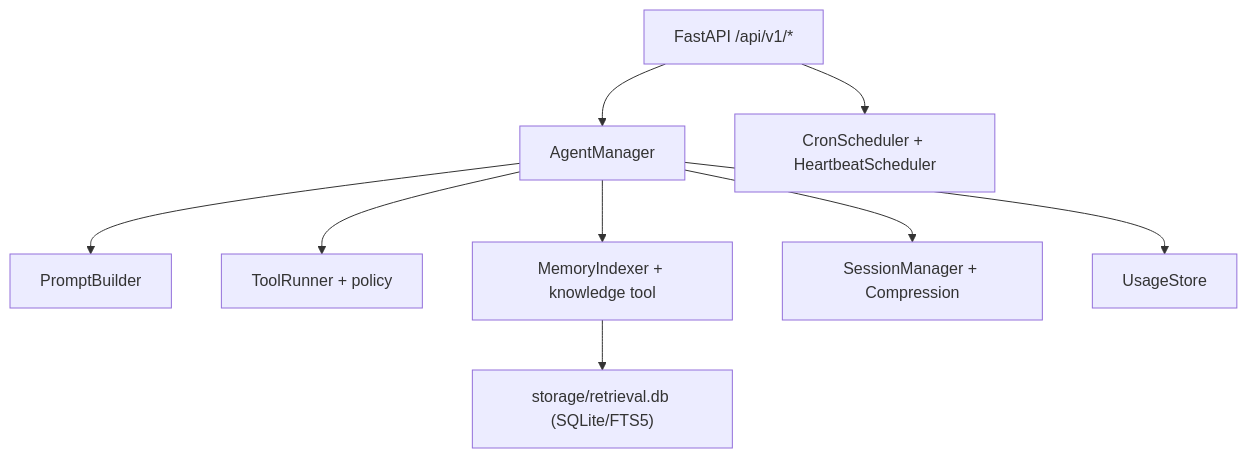
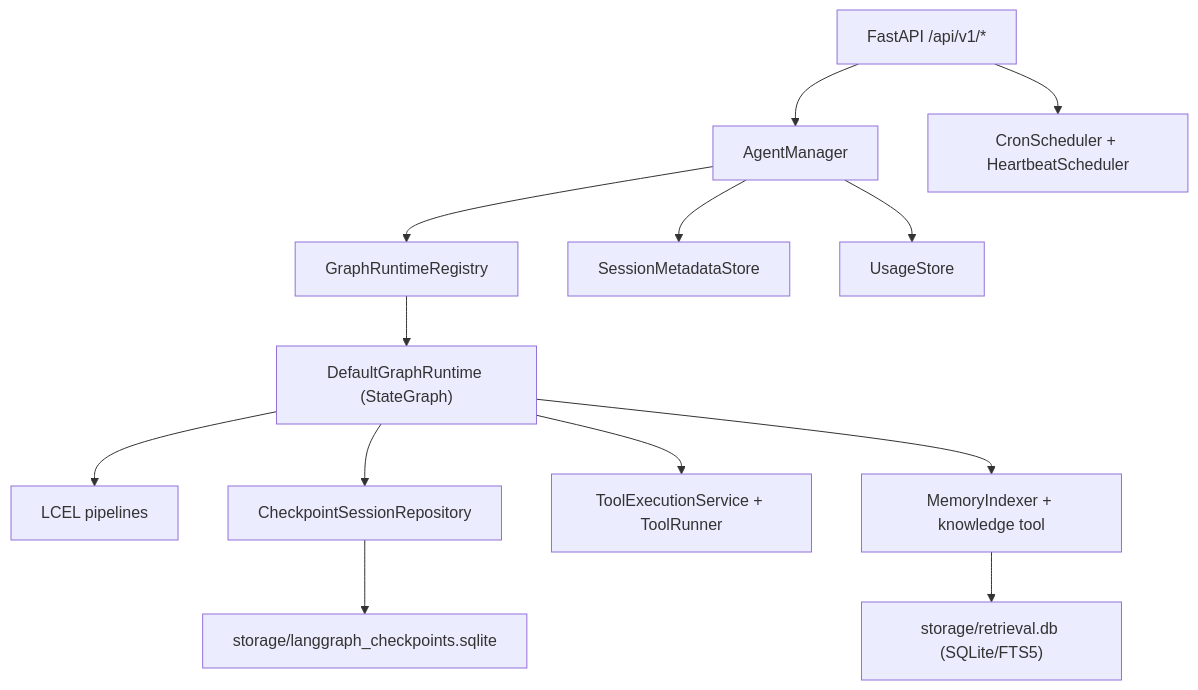
One commit to kaiqiangh/mini-openclaw-langchain changed the diagram in backend/README.md. Above: the diagram before and after it, drawn with Mermaid. The commit also changed other lines of this file and 1 other file, not shown here.

Commit message:
docs: refresh runtime and scheduler notes

````diff
--- a/backend/README.md
+++ b/backend/README.md
@@ -29,11 +29,15 @@
 ```mermaid
 flowchart TB
   API["FastAPI /api/v1/*"] --> AM["AgentManager"]
-  AM --> PROMPT["PromptBuilder"]
-  AM --> TOOLS["ToolRunner + policy"]
-  AM --> RETR["MemoryIndexer + knowledge tool"]
+  AM --> REG["GraphRuntimeRegistry"]
+  REG --> GRT["DefaultGraphRuntime (StateGraph)"]
+  GRT --> LCEL["LCEL pipelines"]
+  GRT --> REPO["CheckpointSessionRepository"]
+  GRT --> TOOLS["ToolExecutionService + ToolRunner"]
+  GRT --> RETR["MemoryIndexer + knowledge tool"]
   RETR --> DB["storage/retrieval.db (SQLite/FTS5)"]
-  AM --> SESS["SessionManager + Compression"]
+  REPO --> CKPT["storage/langgraph_checkpoints.sqlite"]
+  AM --> SESS["SessionMetadataStore"]
   AM --> USAGE["UsageStore"]
   API --> SCH["CronScheduler + HeartbeatScheduler"]
 ```
````
